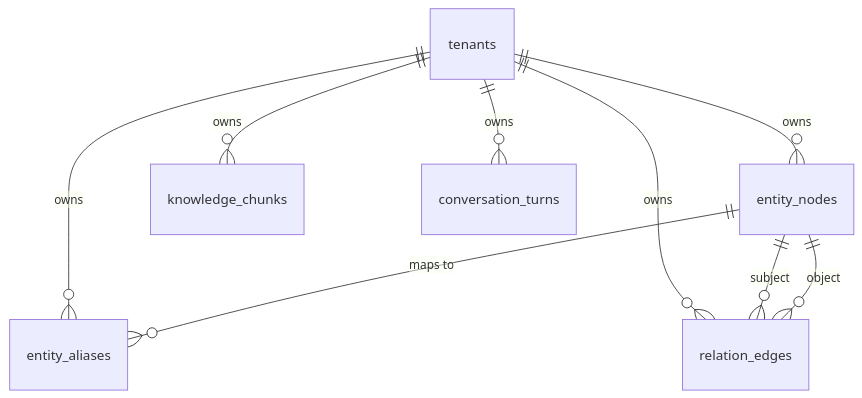
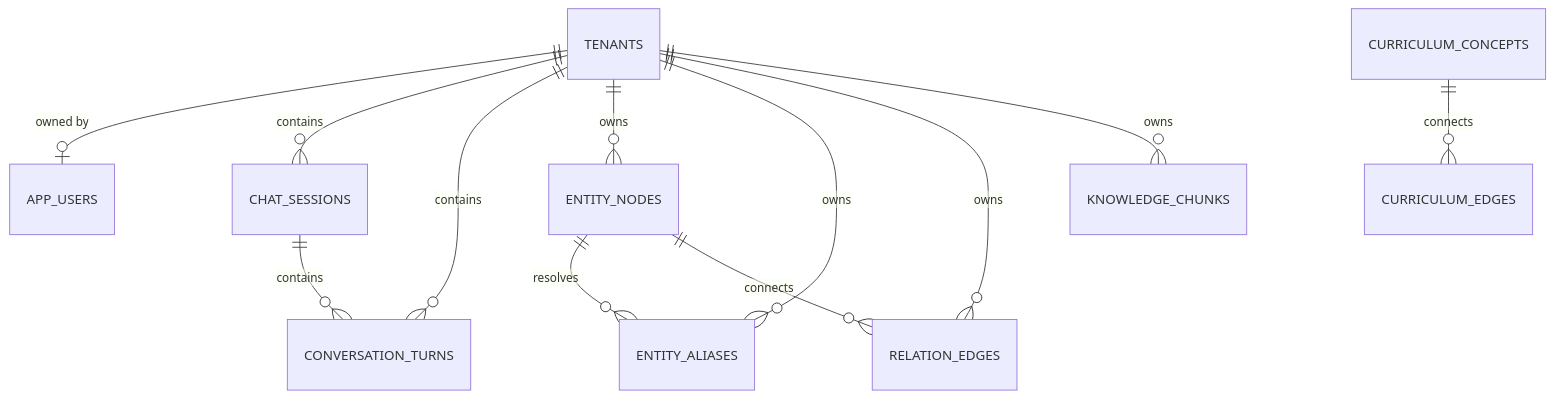
Before and after one commit to TECHSCHOLAR777/ANDREW-NG-DIGITAL-TWIN: the third of 3 diagrams in architecture.md, drawn with Mermaid. The commit also changed other lines of this file and 5 other files, not shown here.

Commit message:
docs: align guides with the current architecture

````diff
--- a/architecture.md
+++ b/architecture.md
@@ -58,12 +152,14 @@
 ```mermaid
 erDiagram
-    tenants ||--o{ entity_nodes : "owns"
-    tenants ||--o{ entity_aliases : "owns"
-    tenants ||--o{ relation_edges : "owns"
-    tenants ||--o{ knowledge_chunks : "owns"
-    tenants ||--o{ conversation_turns : "owns"
-
-    entity_nodes ||--o{ entity_aliases : "maps to"
-    entity_nodes ||--o{ relation_edges : "subject"
-    entity_nodes ||--o{ relation_edges : "object"
+    TENANTS ||--o| APP_USERS : "owned by"
+    TENANTS ||--o{ CHAT_SESSIONS : contains
+    TENANTS ||--o{ CONVERSATION_TURNS : contains
+    TENANTS ||--o{ ENTITY_NODES : owns
+    TENANTS ||--o{ ENTITY_ALIASES : owns
+    TENANTS ||--o{ RELATION_EDGES : owns
+    TENANTS ||--o{ KNOWLEDGE_CHUNKS : owns
+    CHAT_SESSIONS ||--o{ CONVERSATION_TURNS : contains
+    ENTITY_NODES ||--o{ ENTITY_ALIASES : resolves
+    ENTITY_NODES ||--o{ RELATION_EDGES : connects
+    CURRICULUM_CONCEPTS ||--o{ CURRICULUM_EDGES : connects
 ```
````
